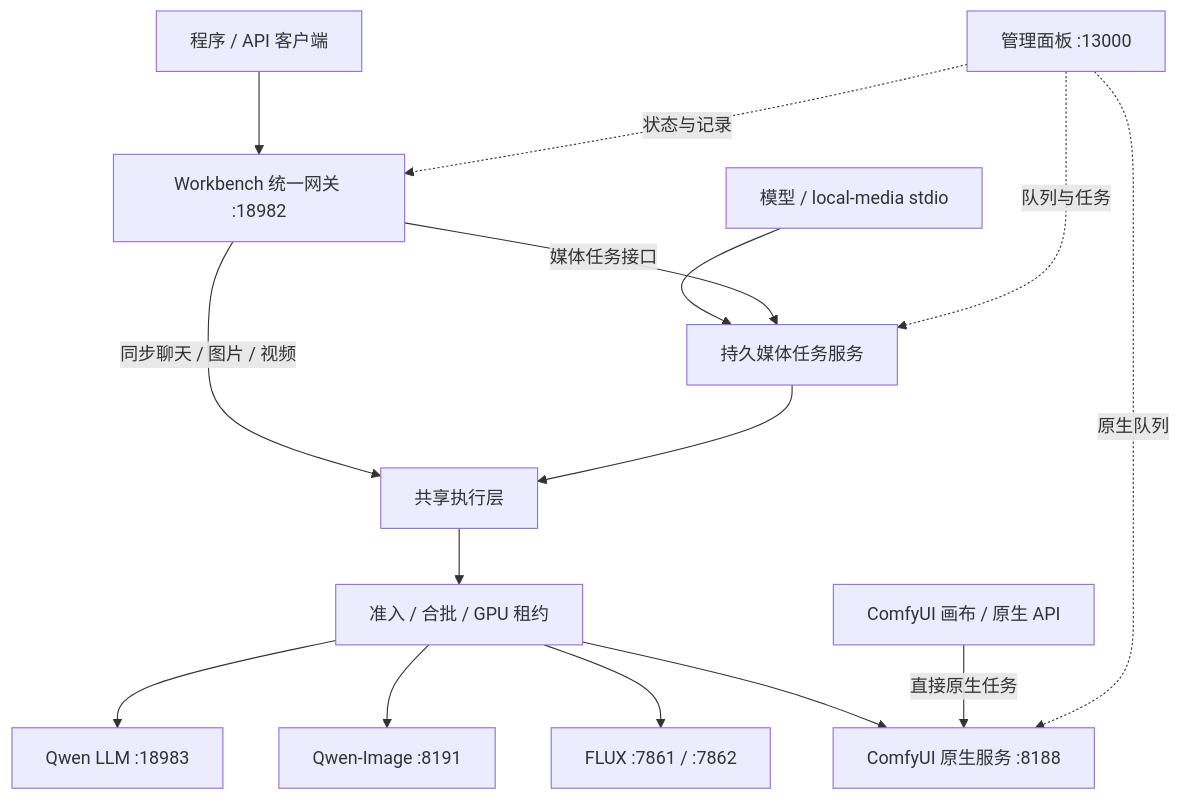
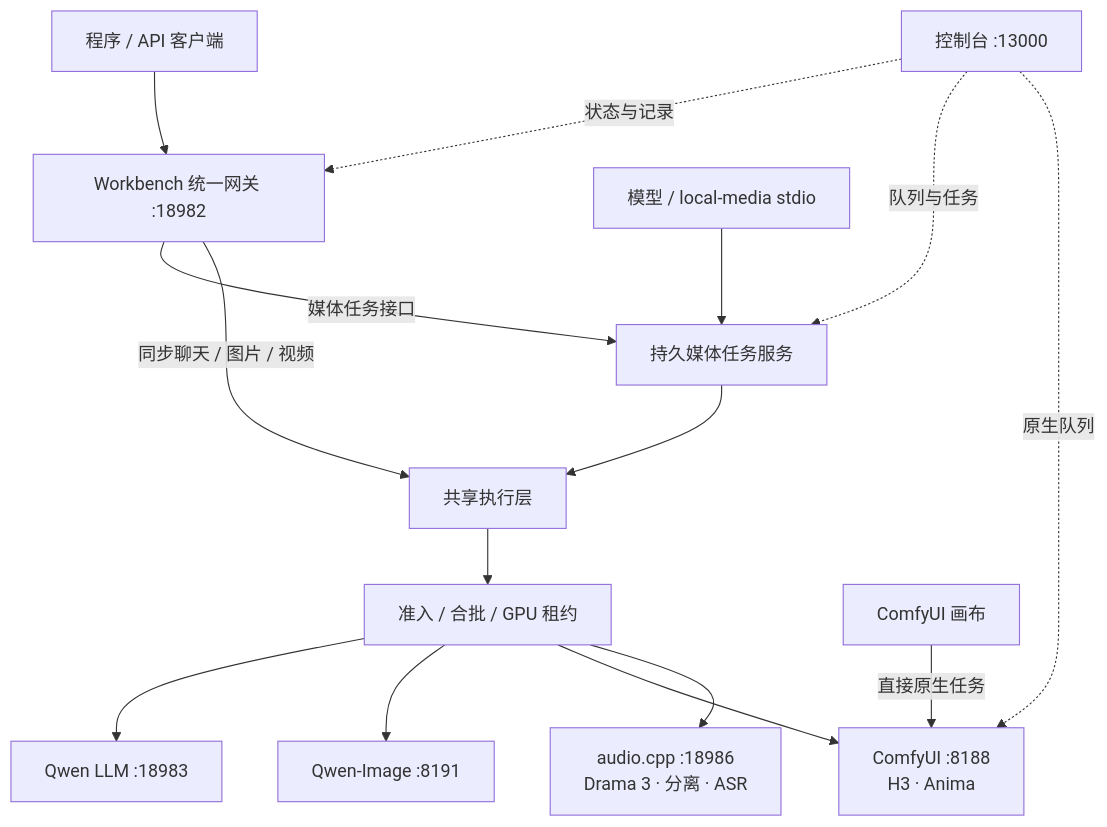
Before and after one commit to Aoike123/llm-backend: the diagram in docs/RUNTIME_TOPOLOGY.md, drawn with Mermaid. The commit also changed other lines of this file and 155 other files, not shown here.

````diff
--- a/docs/RUNTIME_TOPOLOGY.md
+++ b/docs/RUNTIME_TOPOLOGY.md
@@ -11,17 +11,17 @@
 ```mermaid
 flowchart TD
   API[程序 / API 客户端] --> G[Workbench 统一网关 :18982]
   MCP[模型 / local-media stdio] --> J[持久媒体任务服务]
   G -->|媒体任务接口| J
   G -->|同步聊天 / 图片 / 视频| E[共享执行层]
   J --> E
   E --> S[准入 / 合批 / GPU 租约]
   S --> L[Qwen LLM :18983]
   S --> Q[Qwen-Image :8191]
-  S --> F[FLUX :7861 / :7862]
-  S --> H[ComfyUI 原生服务 :8188]
-  UI[ComfyUI 画布 / 原生 API] -->|直接原生任务| H
-  P[管理面板 :13000] -.状态与记录.-> G
+  S --> H[ComfyUI :8188<br/>H3 · Anima]
+  S --> A[audio.cpp :18986<br/>Drama 3 · 分离 · ASR]
+  UI[ComfyUI 画布] -->|直接原生任务| H
+  P[控制台 :13000] -.状态与记录.-> G
   P -.队列与任务.-> J
   P -.原生队列.-> H
 ```
````
